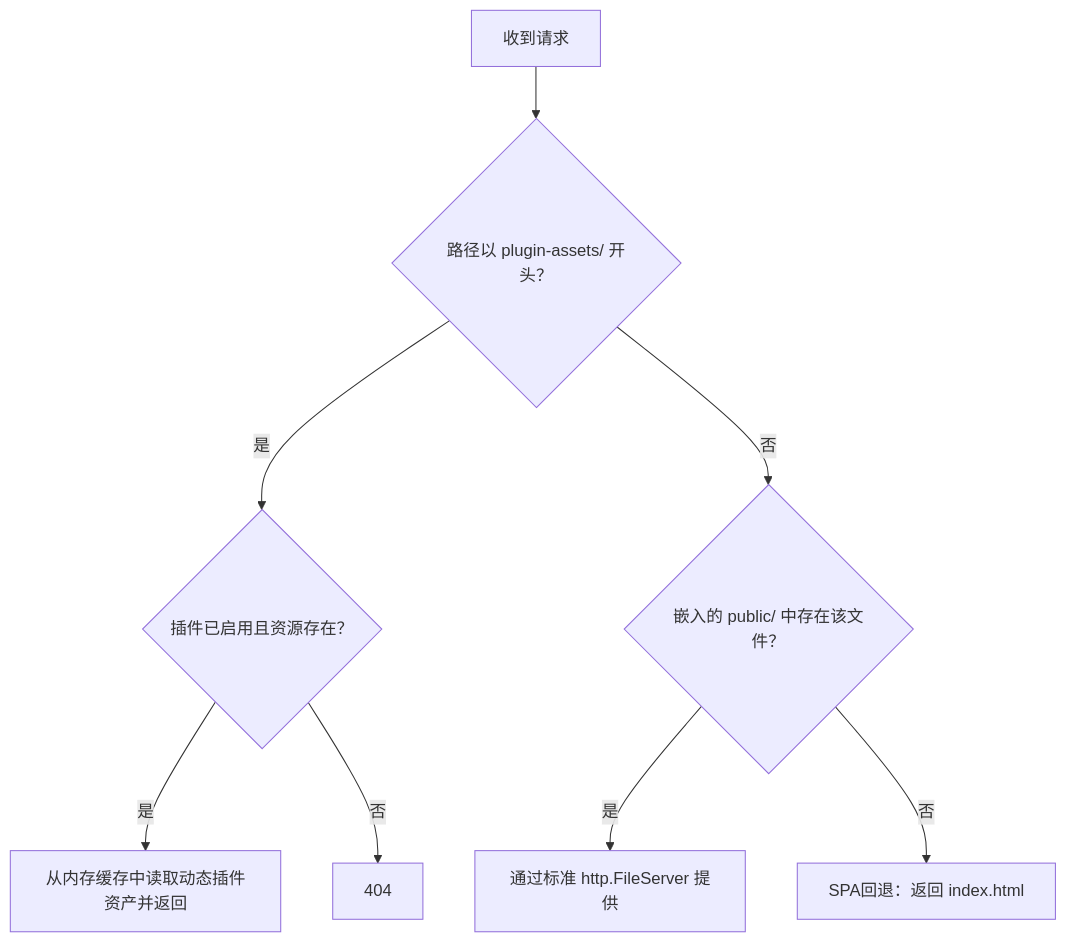
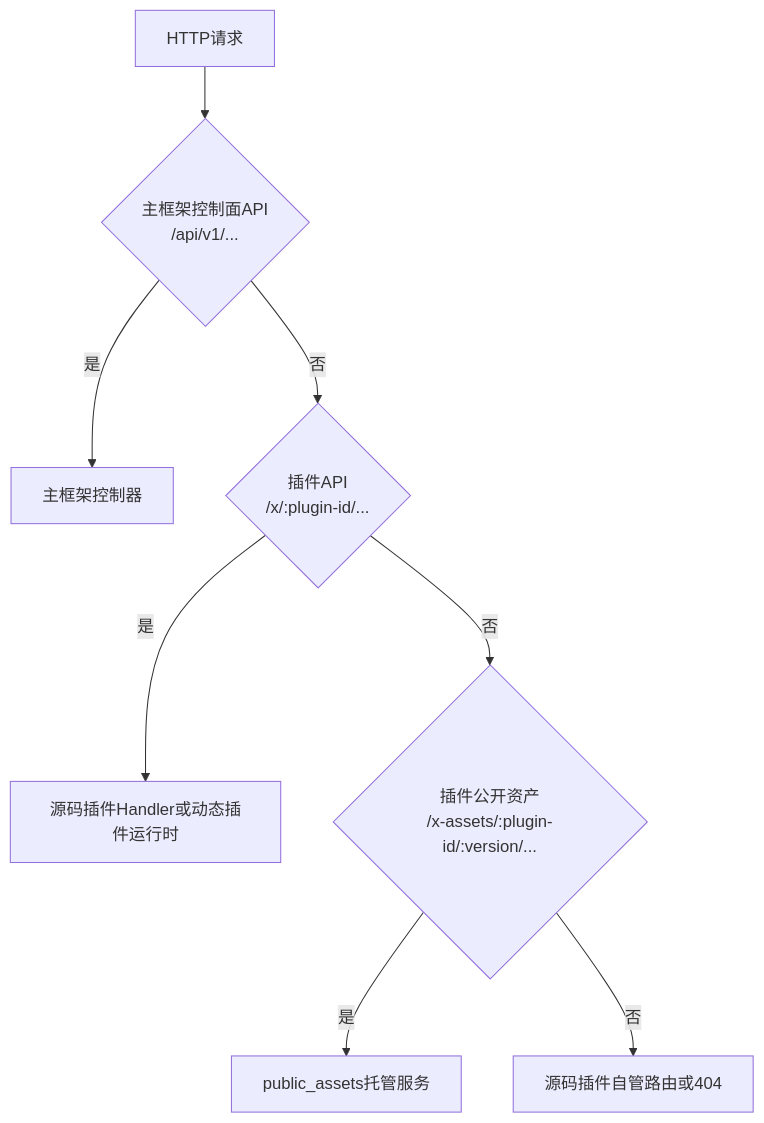
Before and after one commit to linaproai/linapro-site: the diagram in apps/lina-site/docs/docs/2000-components/10500-static-assets.md, drawn with Mermaid. The commit also changed other lines of this file and 60 other files, not shown here.

````diff
--- a/apps/lina-site/docs/docs/2000-components/10500-static-assets.md
+++ b/apps/lina-site/docs/docs/2000-components/10500-static-assets.md
@@ -102,10 +94,10 @@
 ```mermaid
 flowchart TD
-    A[收到请求] --> B{路径以 plugin-assets/ 开头？}
-    B -- 是 --> C{插件已启用且资源存在？}
-    C -- 是 --> D[从内存缓存中读取动态插件资产并返回]
-    C -- 否 --> E[404]
-    B -- 否 --> F{嵌入的 public/ 中存在该文件？}
-    F -- 是 --> G[通过标准 http.FileServer 提供]
-    F -- 否 --> H[SPA回退：返回 index.html]
+    A[HTTP请求] --> B{主框架控制面API<br/>/api/v1/...}
+    B -- 是 --> C[主框架控制器]
+    B -- 否 --> D{插件API<br/>/x/:plugin-id/...}
+    D -- 是 --> E[源码插件Handler或动态插件运行时]
+    D -- 否 --> F{插件公开资产<br/>/x-assets/:plugin-id/:version/...}
+    F -- 是 --> G[public_assets托管服务]
+    F -- 否 --> H[源码插件自管路由或404]
 ```
````
